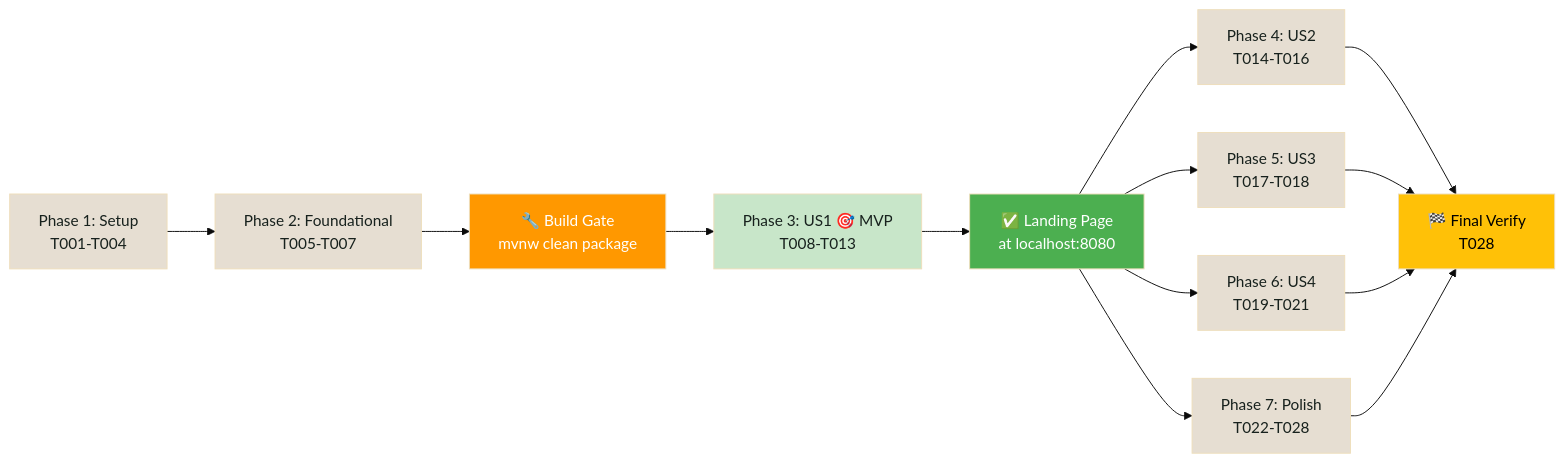
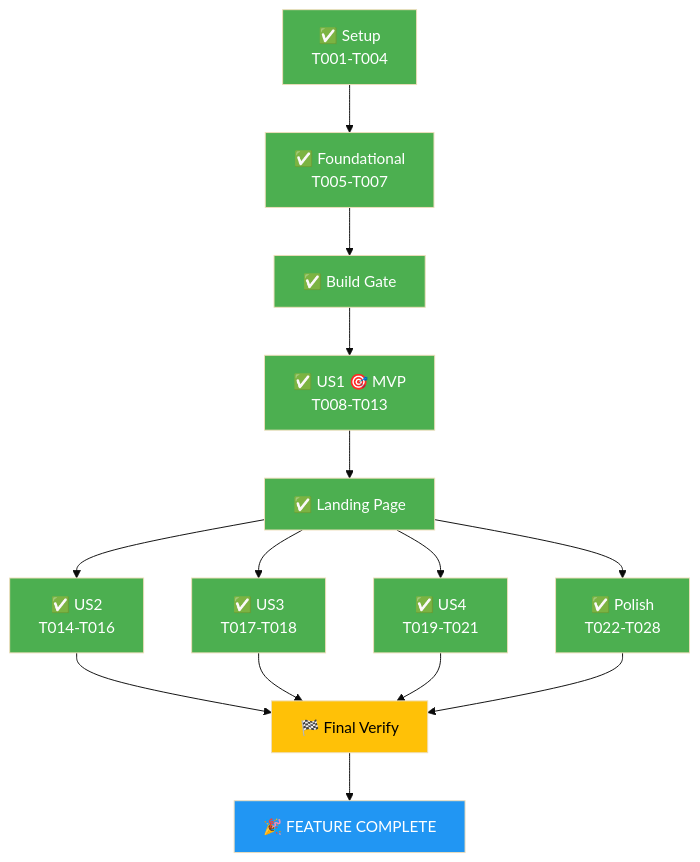
Before and after one commit to Anton-Ch/resumainer-java-vue-web-app: the fourth of 4 diagrams in specs/status-dashboard.md, drawn with Mermaid (base theme). The commit also changed other lines of this file and 9 other files, not shown here.

First line of the commit message:
docs(spec): complete documentation and memory capture for Feature 002

````diff
--- a/specs/status-dashboard.md
+++ b/specs/status-dashboard.md
@@ -60,26 +60,28 @@
 ```mermaid
-flowchart LR
-    P1["Phase 1: Setup<br/>T001-T004"] --> P2["Phase 2: Foundational<br/>T005-T007"]
-    P2 --> GATE["🔧 Build Gate<br/>mvnw clean package"]
-    GATE --> P3["Phase 3: US1 🎯 MVP<br/>T008-T013"]
-    P3 --> MVP["✅ Landing Page<br/>at localhost:8080"]
-    MVP --> P4["Phase 4: US2<br/>T014-T016"]
-    MVP --> P5["Phase 5: US3<br/>T017-T018"]
-    MVP --> P6["Phase 6: US4<br/>T019-T021"]
-    MVP --> P7["Phase 7: Polish<br/>T022-T028"]
-    P4 --> FINAL["🏁 Final Verify<br/>T028"]
+flowchart TD
+    P1["✅ Setup<br/>T001-T004"] --> P2["✅ Foundational<br/>T005-T007"]
+    P2 --> GATE["✅ Build Gate"]
+    GATE --> P3["✅ US1 🎯 MVP<br/>T008-T013"]
+    P3 --> MVP["✅ Landing Page"]
+    MVP --> P4["✅ US2<br/>T014-T016"]
+    MVP --> P5["✅ US3<br/>T017-T018"]
+    MVP --> P6["✅ US4<br/>T019-T021"]
+    MVP --> P7["✅ Polish<br/>T022-T028"]
+    P4 --> FINAL["🏁 Final Verify"]
     P5 --> FINAL
     P6 --> FINAL
     P7 --> FINAL
+    FINAL --> DONE["🎉 FEATURE COMPLETE"]
 
-    style P1 fill:#E6DED2,color:#17211D
-    style P2 fill:#E6DED2,color:#17211D
-    style GATE fill:#FF9800,color:#fff
-    style P3 fill:#C8E6C9,color:#17211D
+    style P1 fill:#4CAF50,color:#fff
+    style P2 fill:#4CAF50,color:#fff
+    style GATE fill:#4CAF50,color:#fff
+    style P3 fill:#4CAF50,color:#fff
     style MVP fill:#4CAF50,color:#fff
-    style P4 fill:#E6DED2,color:#17211D
-    style P5 fill:#E6DED2,color:#17211D
-    style P6 fill:#E6DED2,color:#17211D
-    style P7 fill:#E6DED2,color:#17211D
+    style P4 fill:#4CAF50,color:#fff
+    style P5 fill:#4CAF50,color:#fff
+    style P6 fill:#4CAF50,color:#fff
+    style P7 fill:#4CAF50,color:#fff
     style FINAL fill:#FFC107,color:#000
+    style DONE fill:#2196F3,color:#fff
 ```
````
